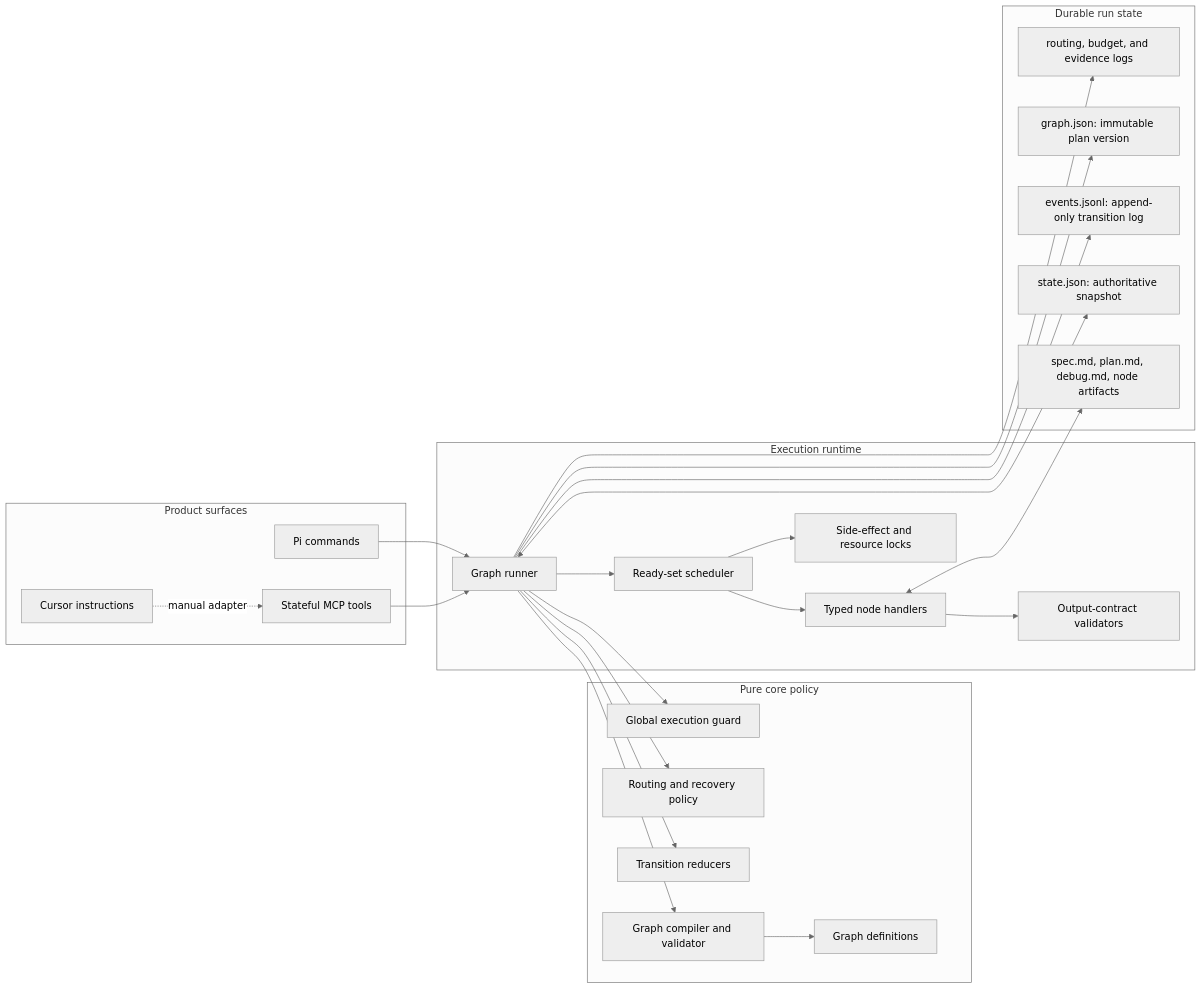
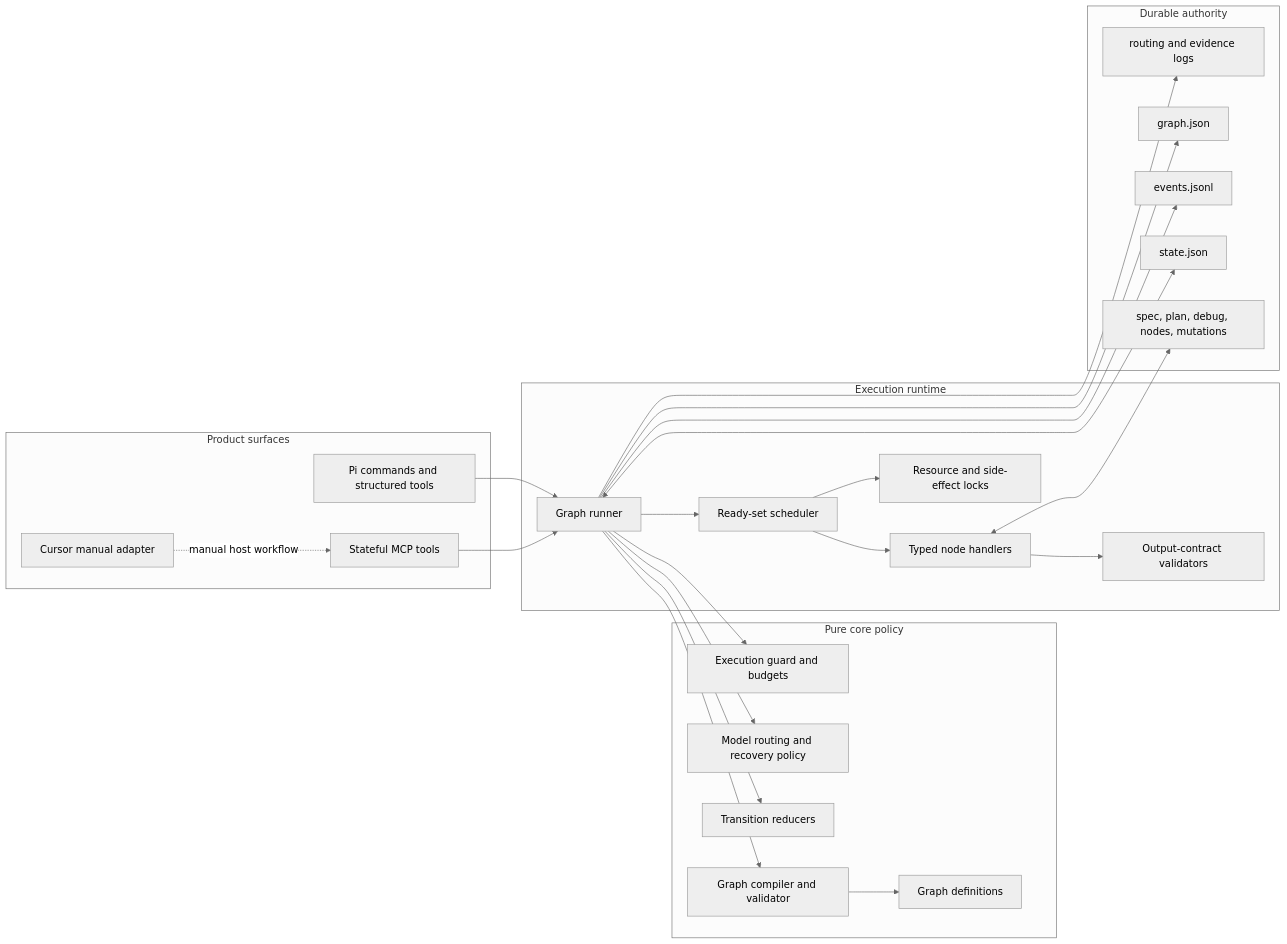
One commit to nguyen-ta-cuong/ai-orchestrator changed the second of 4 diagrams in docs/graph-architecture.md. Above: the diagram before and after it, drawn with Mermaid (neutral theme). The commit also changed other lines of this file and 8 other files, not shown here.

````diff
--- a/docs/graph-architecture.md
+++ b/docs/graph-architecture.md
@@ -36,43 +40,47 @@
 ```mermaid
 flowchart LR
-    subgraph Surfaces["Product surfaces"]
-      PI["Pi commands"]
-      MCP["Stateful MCP tools"]
-      CUR["Cursor instructions"]
+    subgraph Surface["Product surfaces"]
+        PI["Pi commands and structured tools"]
+        MCP["Stateful MCP tools"]
+        CUR["Cursor manual adapter"]
     end
-    subgraph Policy["Pure core policy"]
-      GD["Graph definitions"]
-      GC["Graph compiler and validator"]
-      TR["Transition reducers"]
-      RP["Routing and recovery policy"]
-      GUARD["Global execution guard"]
+
+    subgraph Core["Pure core policy"]
+        DEF["Graph definitions"]
+        COMP["Graph compiler and validator"]
+        RED["Transition reducers"]
+        ROUTE["Model routing and recovery policy"]
+        GUARD["Execution guard and budgets"]
     end
-    subgraph Runtime["Execution runtime"]
-      RUN["Graph runner"]
-      READY["Ready-set scheduler"]
-      HANDLERS["Typed node handlers"]
-      VALID["Output-contract validators"]
-      SIDE["Side-effect and resource locks"]
+
+    subgraph Run["Execution runtime"]
+        GR["Graph runner"]
+        READY["Ready-set scheduler"]
+        NODE["Typed node handlers"]
+        VALID["Output-contract validators"]
+        LOCK["Resource and side-effect locks"]
     end
-    subgraph Durable["Durable run state"]
-      GRAPH["graph.json: immutable plan version"]
-      STATE["state.json: authoritative snapshot"]
-      WAL["events.jsonl: append-only transition log"]
-      ART["spec.md, plan.md, debug.md, node artifacts"]
-      ROUTE["routing, budget, and evidence logs"]
+
+    subgraph State["Durable authority"]
+        G["graph.json"]
+        S["state.json"]
+        E["events.jsonl"]
+        A["spec, plan, debug, nodes, mutations"]
+        R["routing and evidence logs"]
     end
-    PI --> RUN
-    MCP --> RUN
-    CUR -. "manual adapter" .-> MCP
-    RUN --> GC --> GD
-    RUN --> TR
-    RUN --> RP
-    RUN --> GUARD
-    RUN --> READY --> HANDLERS --> VALID
-    READY --> SIDE
-    RUN <--> STATE
-    RUN --> WAL
-    RUN --> GRAPH
-    HANDLERS <--> ART
-    RUN --> ROUTE
+
+    PI --> GR
+    MCP --> GR
+    CUR -. "manual host workflow" .-> MCP
+    GR --> COMP --> DEF
+    GR --> RED
+    GR --> ROUTE
+    GR --> GUARD
+    GR --> READY --> NODE --> VALID
+    READY --> LOCK
+    GR <--> S
+    GR --> E
+    GR --> G
+    NODE <--> A
+    GR --> R
 ```
````
